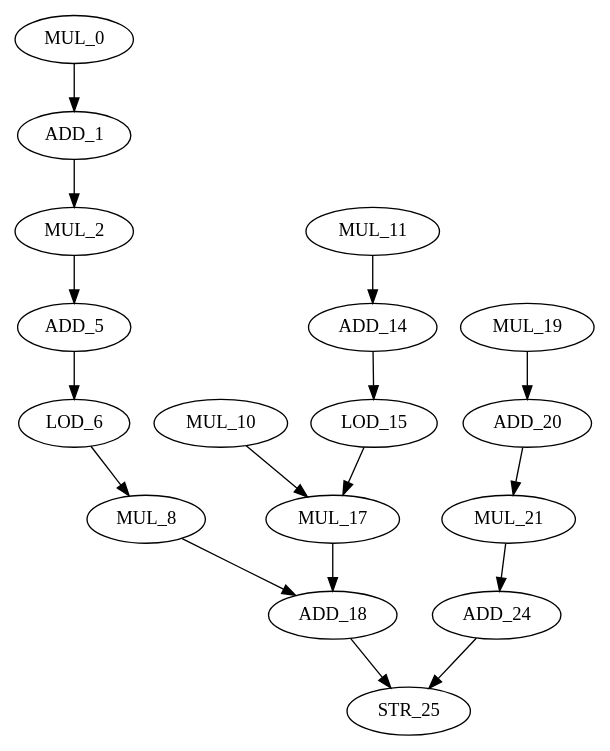
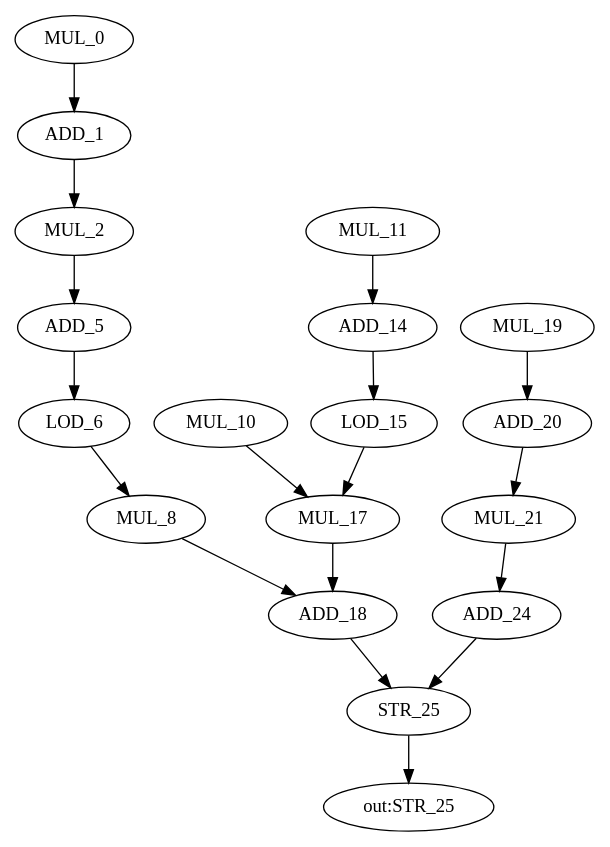
The diagram in dot_dac/cgra/horner_bezier_surf.dot (canesche/nvcc_colab_icpp2020), drawn with Graphviz before and after one commit. The commit also changed 106 other files, not shown here.

```diff
--- a/dot_dac/cgra/horner_bezier_surf.dot
+++ b/dot_dac/cgra/horner_bezier_surf.dot
@@ -1,35 +1,37 @@
-digraph horner_bezier_surf {
-	MUL_0 [label = MUL_0 ];
-	LOD_6 [label = LOD_6 ];
-	MUL_21 [label = MUL_21 ];
-	ADD_5 [label = ADD_5 ];
-	LOD_15 [label = LOD_15 ];
-	MUL_19 [label = MUL_19 ];
-	ADD_24 [label = ADD_24 ];
-	MUL_2 [label = MUL_2 ];
-	ADD_18 [label = ADD_18 ];
-	MUL_10 [label = MUL_10 ];
-	ADD_1 [label = ADD_1 ];
-	STR_25 [label = STR_25 ];
-	MUL_8 [label = MUL_8 ];
-	MUL_17 [label = MUL_17 ];
-	MUL_11 [label = MUL_11 ];
-	ADD_14 [label = ADD_14 ];
-	ADD_20 [label = ADD_20 ];
-	MUL_21 -> ADD_24 [ name = 0 ];
-	ADD_14 -> LOD_15 [ name = 1 ];
-	LOD_15 -> MUL_17 [ name = 2 ];
-	MUL_17 -> ADD_18 [ name = 3 ];
-	MUL_2 -> ADD_5 [ name = 4 ];
-	MUL_10 -> MUL_17 [ name = 5 ];
-	LOD_6 -> MUL_8 [ name = 6 ];
-	MUL_11 -> ADD_14 [ name = 7 ];
-	ADD_24 -> STR_25 [ name = 8 ];
-	ADD_1 -> MUL_2 [ name = 9 ];
-	ADD_5 -> LOD_6 [ name = 10 ];
-	ADD_18 -> STR_25 [ name = 11 ];
-	MUL_0 -> ADD_1 [ name = 12 ];
-	ADD_20 -> MUL_21 [ name = 13 ];
-	MUL_8 -> ADD_18 [ name = 14 ];
-	MUL_19 -> ADD_20 [ name = 15 ];
+strict digraph "horner_bezier_surf" {
+MUL_0 [label=MUL_0];
+LOD_6 [label=LOD_6];
+MUL_21 [label=MUL_21];
+ADD_5 [label=ADD_5];
+LOD_15 [label=LOD_15];
+MUL_19 [label=MUL_19];
+ADD_24 [label=ADD_24];
+MUL_2 [label=MUL_2];
+ADD_18 [label=ADD_18];
+MUL_10 [label=MUL_10];
+ADD_1 [label=ADD_1];
+STR_25 [label=STR_25];
+MUL_8 [label=MUL_8];
+MUL_17 [label=MUL_17];
+MUL_11 [label=MUL_11];
+ADD_14 [label=ADD_14];
+ADD_20 [label=ADD_20];
+"out:STR_25";
+MUL_0 -> ADD_1  [name=12];
+LOD_6 -> MUL_8  [name=6];
+MUL_21 -> ADD_24  [name=0];
+ADD_5 -> LOD_6  [name=10];
+LOD_15 -> MUL_17  [name=2];
+MUL_19 -> ADD_20  [name=15];
+ADD_24 -> STR_25  [name=8];
+MUL_2 -> ADD_5  [name=4];
+ADD_18 -> STR_25  [name=11];
+MUL_10 -> MUL_17  [name=5];
+ADD_1 -> MUL_2  [name=9];
+STR_25 -> "out:STR_25";
+MUL_8 -> ADD_18  [name=14];
+MUL_17 -> ADD_18  [name=3];
+MUL_11 -> ADD_14  [name=7];
+ADD_14 -> LOD_15  [name=1];
+ADD_20 -> MUL_21  [name=13];
 }
```
